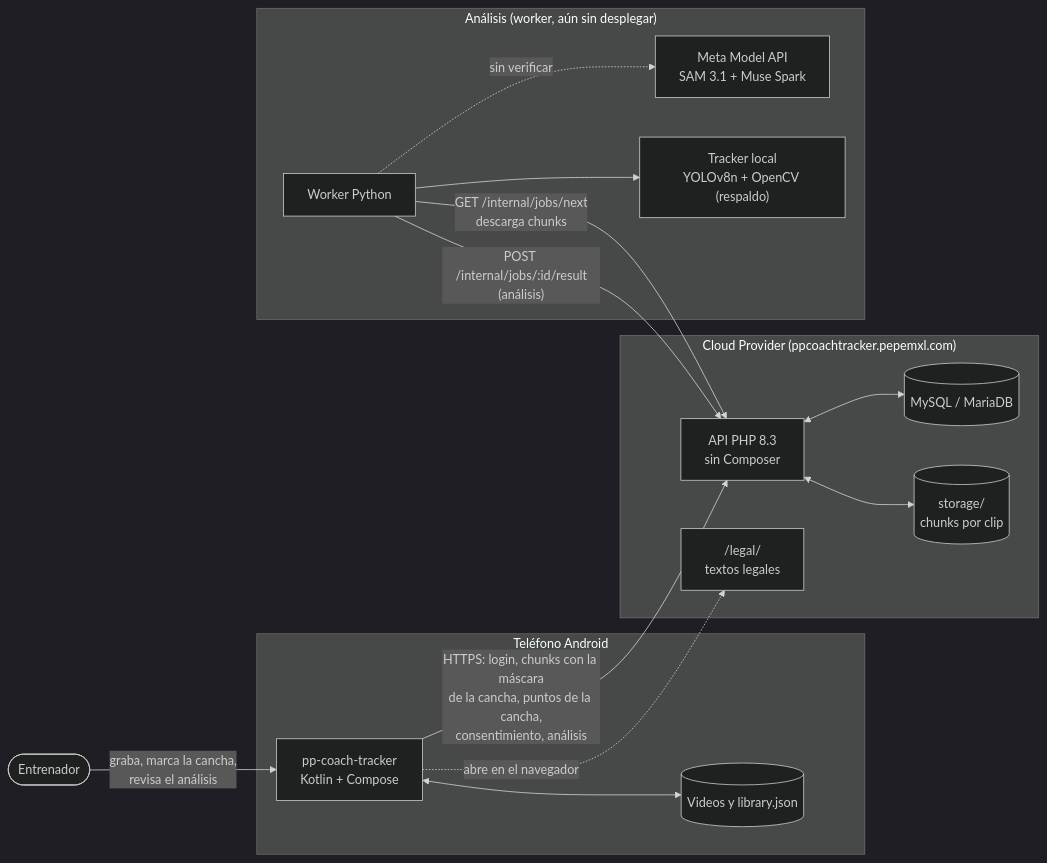
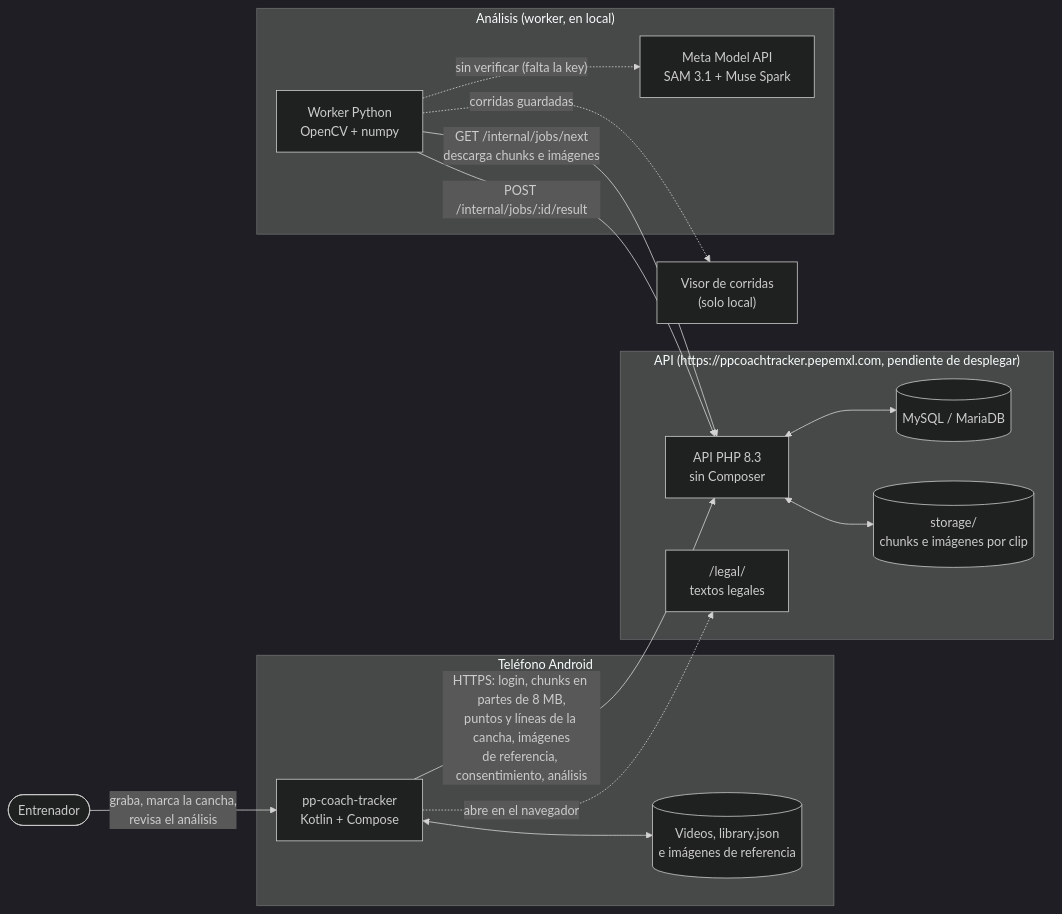
The diagram in docs/arquitectura/README.md (pepemxl/meta-ai-hackathon-2026), drawn with Mermaid (dark theme) before and after one commit. The commit also changed other lines of this file and 16 other files, not shown here.

````diff
--- a/docs/arquitectura/README.md
+++ b/docs/arquitectura/README.md
@@ -20,33 +18,34 @@
 ```mermaid
 flowchart LR
     coach(["Entrenador"])
 
     subgraph phone["Teléfono Android"]
         app["pp-coach-tracker<br/>Kotlin + Compose"]
-        files[("Videos y library.json")]
+        files[("Videos, library.json<br/>e imágenes de referencia")]
     end
 
-    subgraph Cloud Provider["Cloud Provider (ppcoachtracker.pepemxl.com)"]
+    subgraph server["API (https://ppcoachtracker.pepemxl.com, pendiente de desplegar)"]
         api["API PHP 8.3<br/>sin Composer"]
         db[("MySQL / MariaDB")]
-        disk[("storage/<br/>chunks por clip")]
+        disk[("storage/<br/>chunks e imágenes por clip")]
         legal["/legal/<br/>textos legales"]
     end
 
-    subgraph ia["Análisis (worker, aún sin desplegar)"]
-        worker["Worker Python"]
+    subgraph ia["Análisis (worker, en local)"]
+        worker["Worker Python<br/>OpenCV + numpy"]
         meta["Meta Model API<br/>SAM 3.1 + Muse Spark"]
-        local["Tracker local<br/>YOLOv8n + OpenCV (respaldo)"]
     end
+
+    viewer["Visor de corridas<br/>(solo local)"]
 
     coach -->|"graba, marca la cancha,<br/>revisa el análisis"| app
     app <--> files
-    app -->|"HTTPS: login, chunks con la máscara<br/>de la cancha, puntos de la cancha,<br/>consentimiento, análisis"| api
+    app -->|"HTTPS: login, chunks en partes de 8 MB,<br/>puntos y líneas de la cancha, imágenes<br/>de referencia, consentimiento, análisis"| api
     app -.->|abre en el navegador| legal
     api <--> db
     api <--> disk
-    worker -->|"GET /internal/jobs/next<br/>descarga chunks"| api
-    worker -->|"POST /internal/jobs/:id/result<br/>(análisis)"| api
-    worker -.->|"sin verificar"| meta
-    worker --> local
+    worker -->|"GET /internal/jobs/next<br/>descarga chunks e imágenes"| api
+    worker -->|"POST /internal/jobs/:id/result"| api
+    worker -.->|"sin verificar (falta la key)"| meta
+    worker -.->|"corridas guardadas"| viewer
 ```
````
